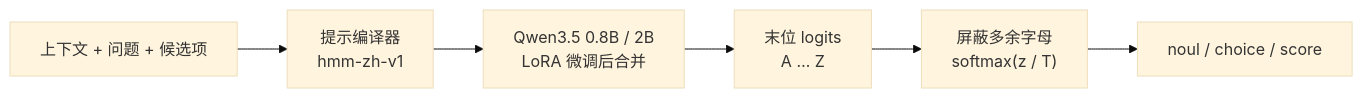
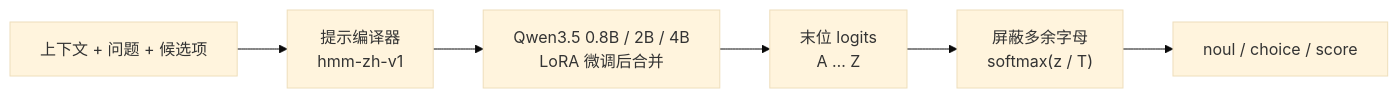
Before and after one commit to yanqiangmiffy/chinese-decision: the diagram in README.md, drawn with Mermaid (base theme). The commit also changed other lines of this file and 10 other files, not shown here.

````diff
--- a/README.md
+++ b/README.md
@@ -94,8 +96,8 @@
 ```mermaid
 flowchart LR
     A["上下文 + 问题 + 候选项"] --> B["提示编译器<br/>hmm-zh-v1"]
-    B --> C["Qwen3.5 0.8B / 2B<br/>LoRA 微调后合并"]
+    B --> C["Qwen3.5 0.8B / 2B / 4B<br/>LoRA 微调后合并"]
     C --> D["末位 logits<br/>A … Z"]
     D --> E["屏蔽多余字母<br/>softmax(z / T)"]
     E --> F["noul / choice / score"]
 ```
````
